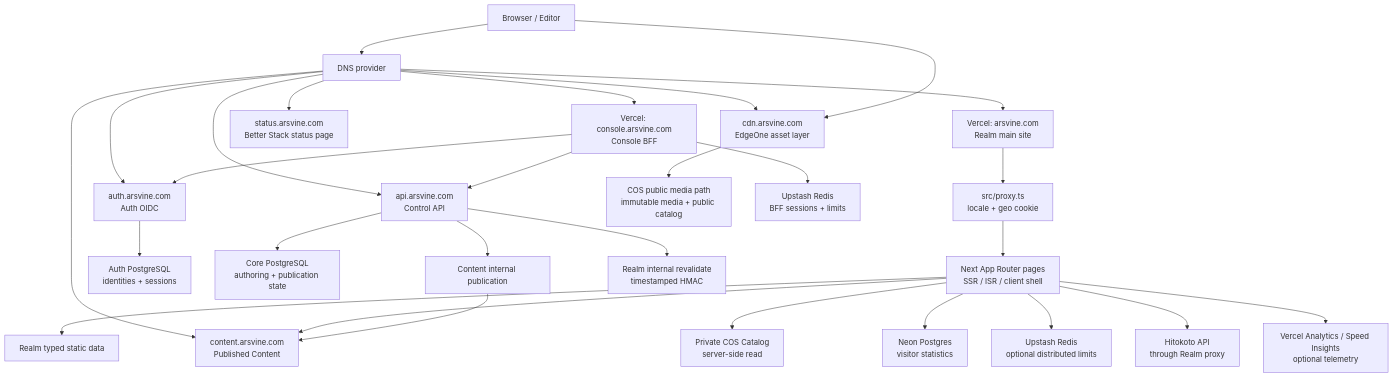
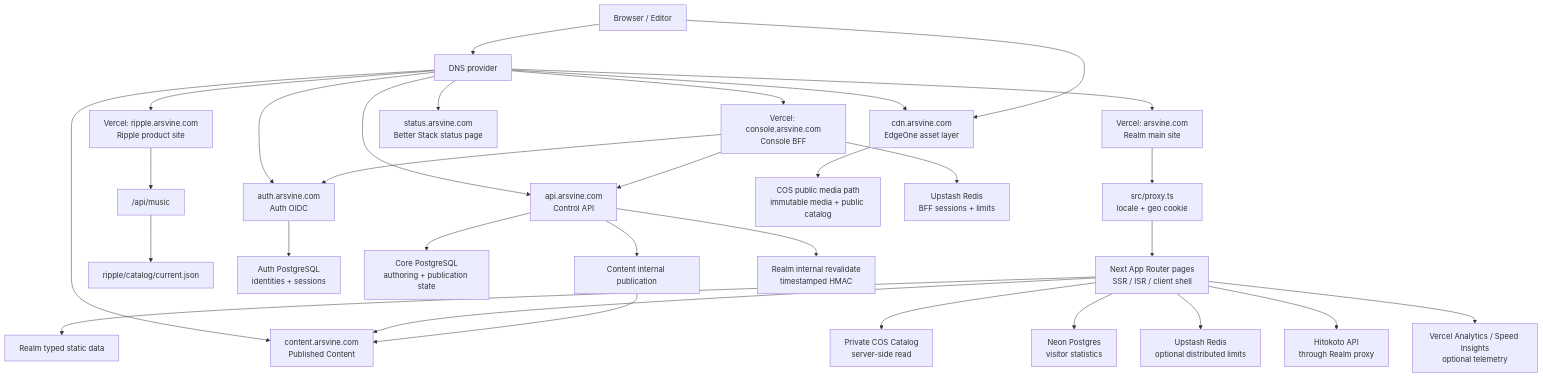
One commit to Arsvine-Devs/realm changed the diagram in docs/architecture/SYSTEM_MAP.md. Above: the diagram before and after it, drawn with Mermaid. The commit also changed other lines of this file and 30 other files, not shown here.

````diff
--- a/docs/architecture/SYSTEM_MAP.md
+++ b/docs/architecture/SYSTEM_MAP.md
@@ -15,34 +15,37 @@
 ```mermaid
 flowchart TB
   USER[Browser / Editor] --> DNS[DNS provider]
 
   DNS --> MAIN[Vercel: arsvine.com\nRealm main site]
+  DNS --> RIPPLE[Vercel: ripple.arsvine.com\nRipple product site]
   DNS --> CONSOLE[Vercel: console.arsvine.com\nConsole BFF]
   DNS --> AUTH[auth.arsvine.com\nAuth OIDC]
   DNS --> API[api.arsvine.com\nControl API]
   DNS --> CONTENT[content.arsvine.com\nPublished Content]
   DNS --> CDN[cdn.arsvine.com\nEdgeOne asset layer]
   DNS --> STATUS[status.arsvine.com\nBetter Stack status page]
 
   MAIN --> PROXY[src/proxy.ts\nlocale + geo cookie]
   PROXY --> PAGES[Next App Router pages\nSSR / ISR / client shell]
   PAGES --> STATIC[Realm typed static data]
   PAGES --> CONTENT
   PAGES --> CATALOG[Private COS Catalog\nserver-side read]
   PAGES --> RDB[Neon Postgres\nvisitor statistics]
   PAGES --> RL[Upstash Redis\noptional distributed limits]
   PAGES --> QUOTE[Hitokoto API\nthrough Realm proxy]
   PAGES --> TEL[Vercel Analytics / Speed Insights\noptional telemetry]
 
+  RIPPLE --> MusicAPI["/api/music"]
+  MusicAPI --> RipplePtr[ripple/catalog/current.json]
   USER --> CDN
   CDN --> PUBCOS[COS public media path\nimmutable media + public catalog]
 
   CONSOLE --> AUTH
   AUTH --> ADB[Auth PostgreSQL\nidentities + sessions]
   CONSOLE --> API
   API --> CORE[Core PostgreSQL\nauthoring + publication state]
   API --> CONTENT_PUBLISH[Content internal publication]
   CONTENT_PUBLISH --> CONTENT
   API --> REALM_REVALIDATE[Realm internal revalidate\ntimestamped HMAC]
   CONSOLE --> ARL[Upstash Redis\nBFF sessions + limits]
 ```
````
